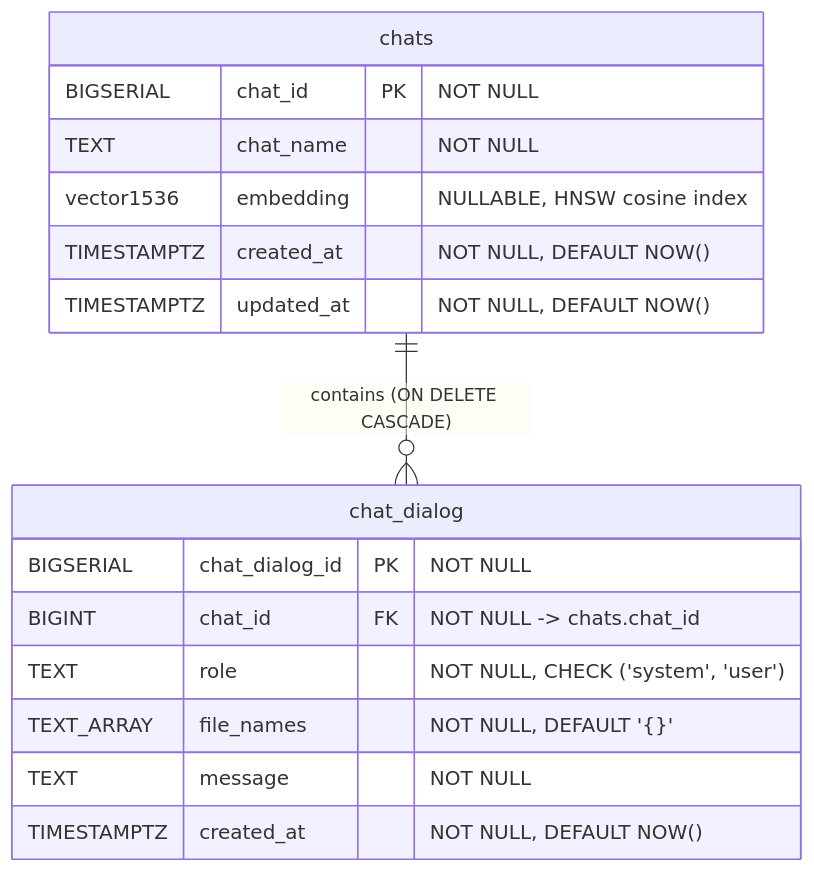
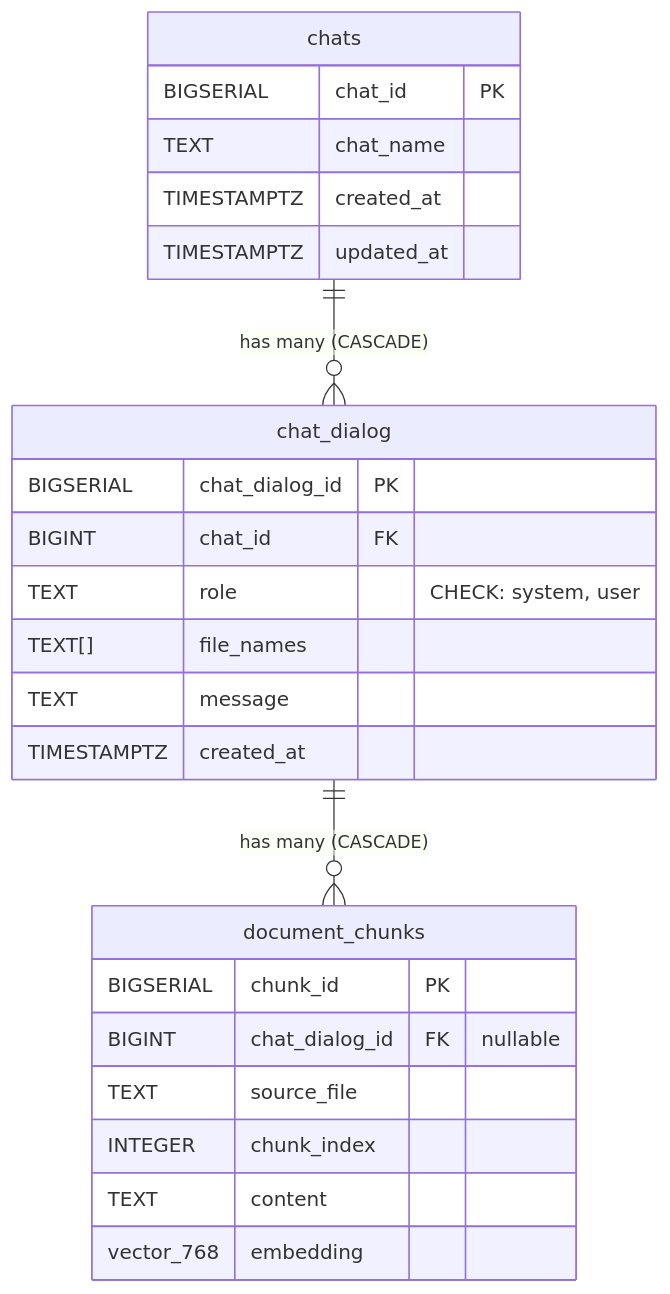
One commit to nickolasddiaz/COP-3604-High-Availability-Containerized-AI-Application-Deployment-Project changed the second of 2 diagrams in README.md. Above: the diagram before and after it, drawn with Mermaid. The commit also changed other lines of this file and 18 other files, not shown here.

````diff
--- a/README.md
+++ b/README.md
@@ -109,21 +120,30 @@
 ```mermaid
 erDiagram
-    chats ||--o{ chat_dialog : "contains (ON DELETE CASCADE)"
+    chats ||--o{ chat_dialog : "has many (CASCADE)"
+    chat_dialog ||--o{ document_chunks : "has many (CASCADE)"
 
     chats {
-        BIGSERIAL chat_id PK "NOT NULL"
-        TEXT chat_name "NOT NULL"
-        vector1536 embedding "NULLABLE, HNSW cosine index"
-        TIMESTAMPTZ created_at "NOT NULL, DEFAULT NOW()"
-        TIMESTAMPTZ updated_at "NOT NULL, DEFAULT NOW()"
+        BIGSERIAL chat_id PK
+        TEXT chat_name
+        TIMESTAMPTZ created_at
+        TIMESTAMPTZ updated_at
     }
 
     chat_dialog {
-        BIGSERIAL chat_dialog_id PK "NOT NULL"
-        BIGINT chat_id FK "NOT NULL -> chats.chat_id"
-        TEXT role "NOT NULL, CHECK ('system', 'user')"
-        TEXT_ARRAY file_names "NOT NULL, DEFAULT '{}'"
-        TEXT message "NOT NULL"
-        TIMESTAMPTZ created_at "NOT NULL, DEFAULT NOW()"
+        BIGSERIAL chat_dialog_id PK
+        BIGINT chat_id FK
+        TEXT role "CHECK: system, user"
+        TEXT[] file_names
+        TEXT message
+        TIMESTAMPTZ created_at
+    }
+
+    document_chunks {
+        BIGSERIAL chunk_id PK
+        BIGINT chat_dialog_id FK "nullable"
+        TEXT source_file
+        INTEGER chunk_index
+        TEXT content
+        vector_768 embedding
     }
 ```
````
